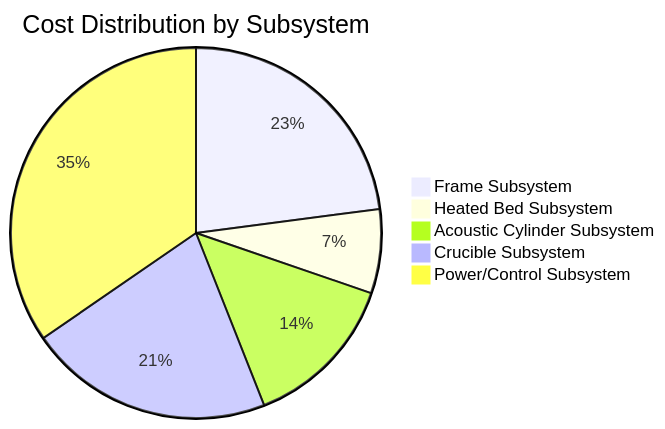
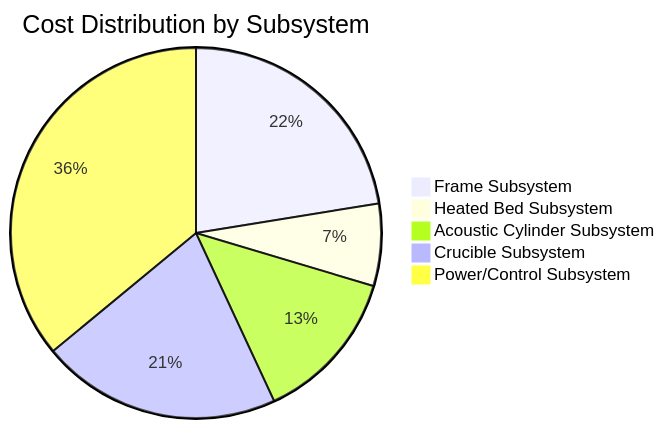
One commit to jnarwell/drip changed the first of 2 diagrams in docs/dashboard.md. Above: the diagram before and after it, drawn with Mermaid. The commit also changed other lines of this file and 10 other files, not shown here.

````diff
--- a/docs/dashboard.md
+++ b/docs/dashboard.md
@@ -48,8 +48,8 @@
 ```mermaid
 pie title Cost Distribution by Subsystem
     "Frame Subsystem" : 4240
     "Heated Bed Subsystem" : 1356
     "Acoustic Cylinder Subsystem" : 2540
     "Crucible Subsystem" : 3956
-    "Power/Control Subsystem" : 6397
+    "Power/Control Subsystem" : 6797
 ```
````
